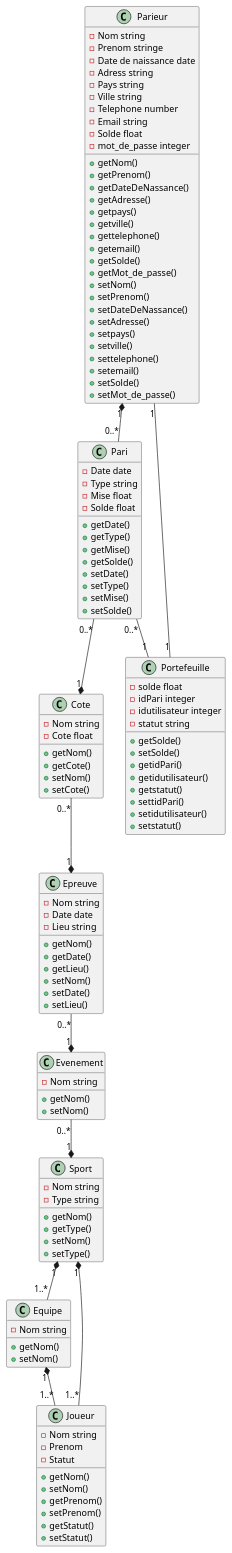
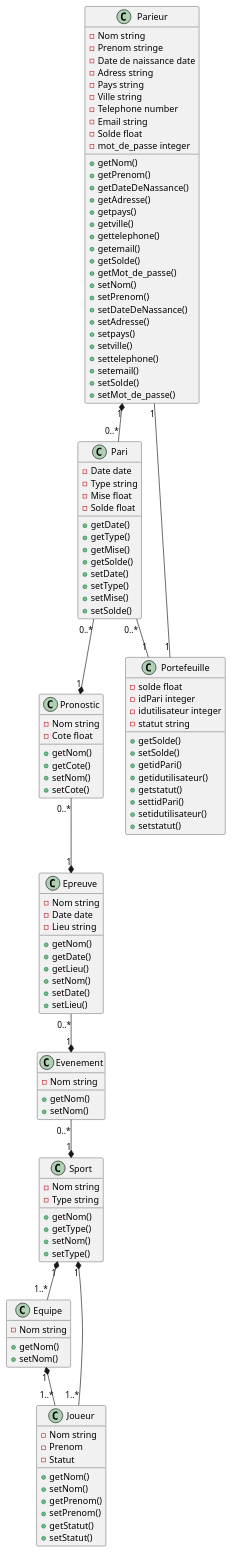
Before and after one commit to OFP-CDA-Mulhouse-2020/parisportif4: the diagram in pariSportif.puml, drawn with PlantUML.

```diff
--- a/pariSportif.puml
+++ b/pariSportif.puml
@@ -1,151 +1,151 @@
 @startuml
 class Parieur
 class Pari
-class Cote
+class Pronostic
 class Epreuve
 class Evenement
 class Sport
 
 Parieur "1" *-- "0..*" Pari
 Parieur "1" -- "1" Portefeuille
 Pari "0..*" -- "1" Portefeuille
-Pari "0..*" --* "1" Cote
-Cote "0..*" --* "1" Epreuve
+Pari "0..*" --* "1" Pronostic
+Pronostic "0..*" --* "1" Epreuve
 Epreuve "0..*" --* "1" Evenement
 Evenement "0..*" --* "1" Sport
 Sport "1"*--"1..*" Equipe
 Sport "1" *--"1..*" Joueur
 Equipe "1" *-- "1..*" Joueur
 
 class Parieur {
     - Nom string
     - Prenom stringe
     - Date de naissance date
     - Adress string
     - Pays string
     - Ville string
     - Telephone number
     - Email string
     - Solde float
     - mot_de_passe integer
 
     + getNom()
     + getPrenom()
     + getDateDeNassance()
     + getAdresse()
     + getpays()
     + getville()
     + gettelephone()
     + getemail()
     + getSolde()
     + getMot_de_passe()
     + setNom()
     + setPrenom()
     + setDateDeNassance()
     + setAdresse()
     + setpays()
     + setville()
     + settelephone()
     + setemail()
     + setSolde()
     + setMot_de_passe()
 
 }
 
 class Pari {
     - Date date
     - Type string
     - Mise float
     - Solde float
 
     + getDate()
     + getType()
     + getMise()
     + getSolde()
     + setDate()
     + setType()
     + setMise()
     + setSolde()
 }
 class Portefeuille {
     - solde float
     - idPari integer
     - idutilisateur integer
     - statut string
 
     + getSolde()
     + setSolde()
     + getidPari()
     + getidutilisateur()
     + getstatut()
     + settidPari()
     + setidutilisateur()
     + setstatut()
 
 }
 
-class Cote {
+class Pronostic {
     - Nom string
     - Cote float
 
     + getNom()
     + getCote()
     + setNom()
     + setCote()
 }
 
 class Epreuve {
     - Nom string
     - Date date
     - Lieu string
 
     + getNom()
     + getDate()
     + getLieu()
     + setNom()
     + setDate()
     + setLieu()
 
 
 }
 
 class Evenement {
     - Nom string
 
     +getNom()
     +setNom()
 }
 
 class Sport {
     - Nom string
     - Type string
 
     + getNom()
     + getType()
     + setNom()
     + setType()
 
 }
 class Equipe {
     - Nom string
 
     + getNom()
     + setNom()
 }
 class Joueur {
     - Nom string
     - Prenom
     - Statut
 
     + getNom()
     + setNom()
     + getPrenom()
     + setPrenom()
     + getStatut()
     + setStatut()
 
 }
 
 
 
 @enduml
```
